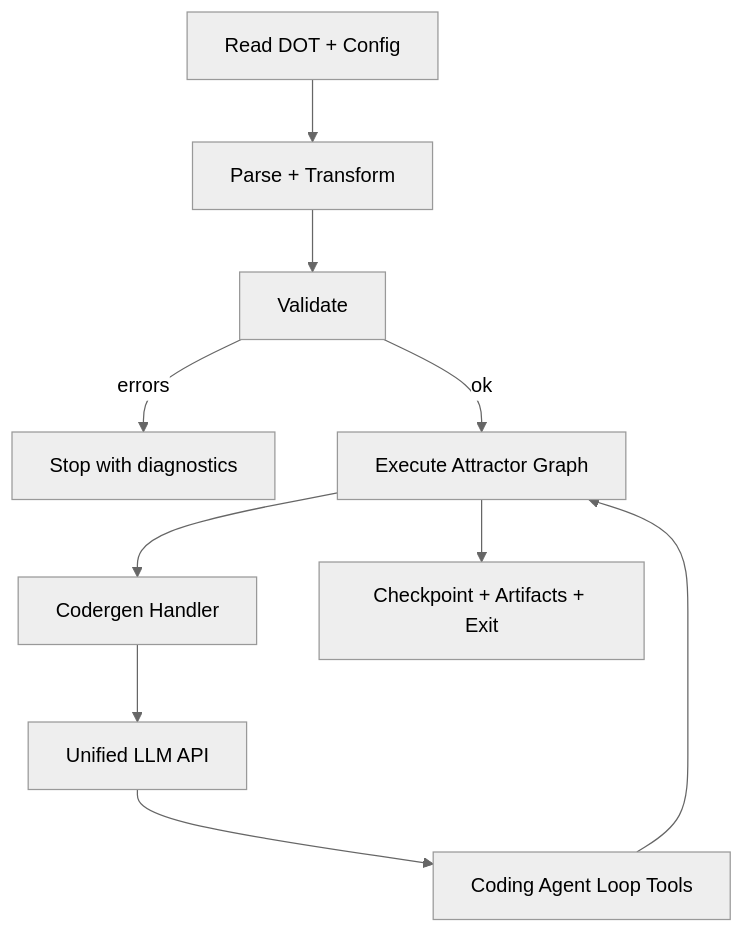
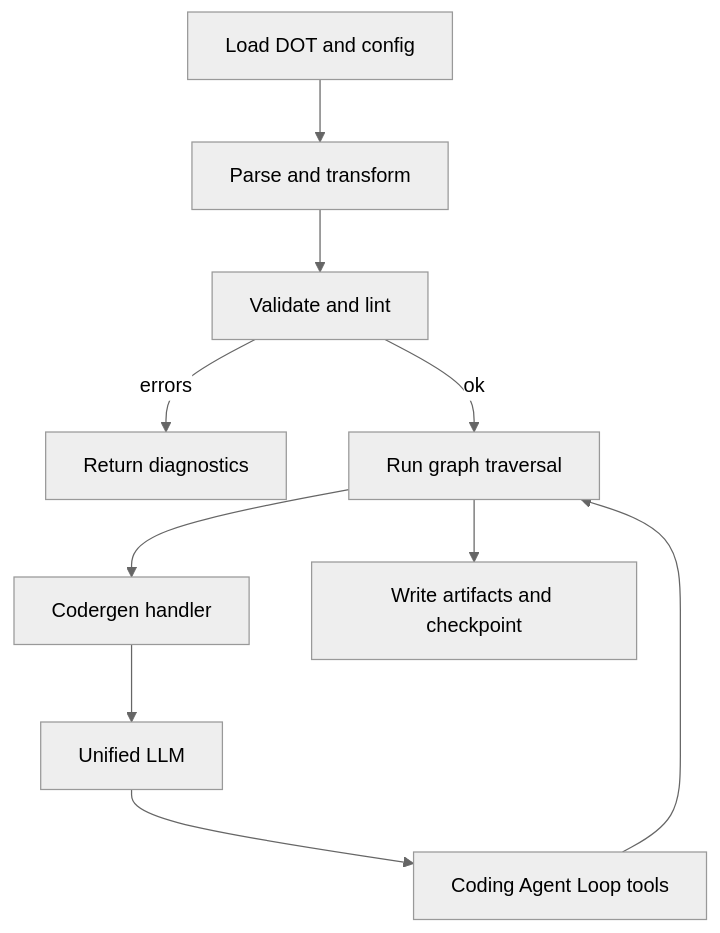
Before and after one commit to jaytaylor/attractor-tcl: the third of 5 diagrams in docs/sprints/SPRINT-001-tcl-implement-nlspecs.md, drawn with Mermaid (neutral theme). The commit also changed other lines of this file and 10 other files, not shown here.

````diff
--- a/docs/sprints/SPRINT-001-tcl-implement-nlspecs.md
+++ b/docs/sprints/SPRINT-001-tcl-implement-nlspecs.md
@@ -1952,12 +541,12 @@
 ```mermaid
 flowchart TD
-  START[Read DOT + Config] --> PARSE[Parse + Transform]
-  PARSE --> VALIDATE[Validate]
-  VALIDATE -->|errors| STOP[Stop with diagnostics]
-  VALIDATE -->|ok| EXEC[Execute Attractor Graph]
-  EXEC --> CODEGEN[Codergen Handler]
-  CODEGEN --> ULLM[Unified LLM API]
-  ULLM --> TOOLS[Coding Agent Loop Tools]
+  START[Load DOT and config] --> PARSE[Parse and transform]
+  PARSE --> VALIDATE[Validate and lint]
+  VALIDATE -->|errors| STOP[Return diagnostics]
+  VALIDATE -->|ok| EXEC[Run graph traversal]
+  EXEC --> CODEGEN[Codergen handler]
+  CODEGEN --> ULLM[Unified LLM]
+  ULLM --> TOOLS[Coding Agent Loop tools]
   TOOLS --> EXEC
-  EXEC --> DONE[Checkpoint + Artifacts + Exit]
+  EXEC --> DONE[Write artifacts and checkpoint]
 ```
````
